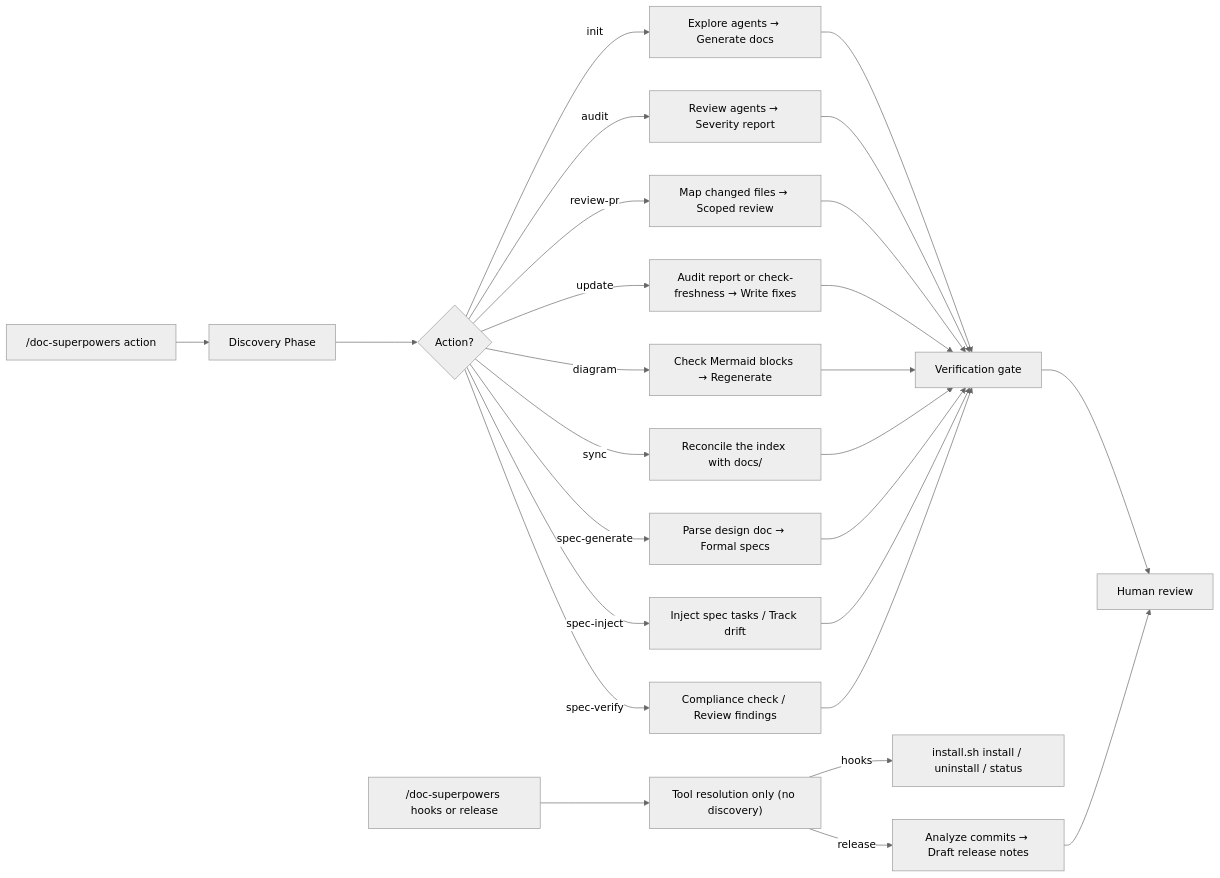
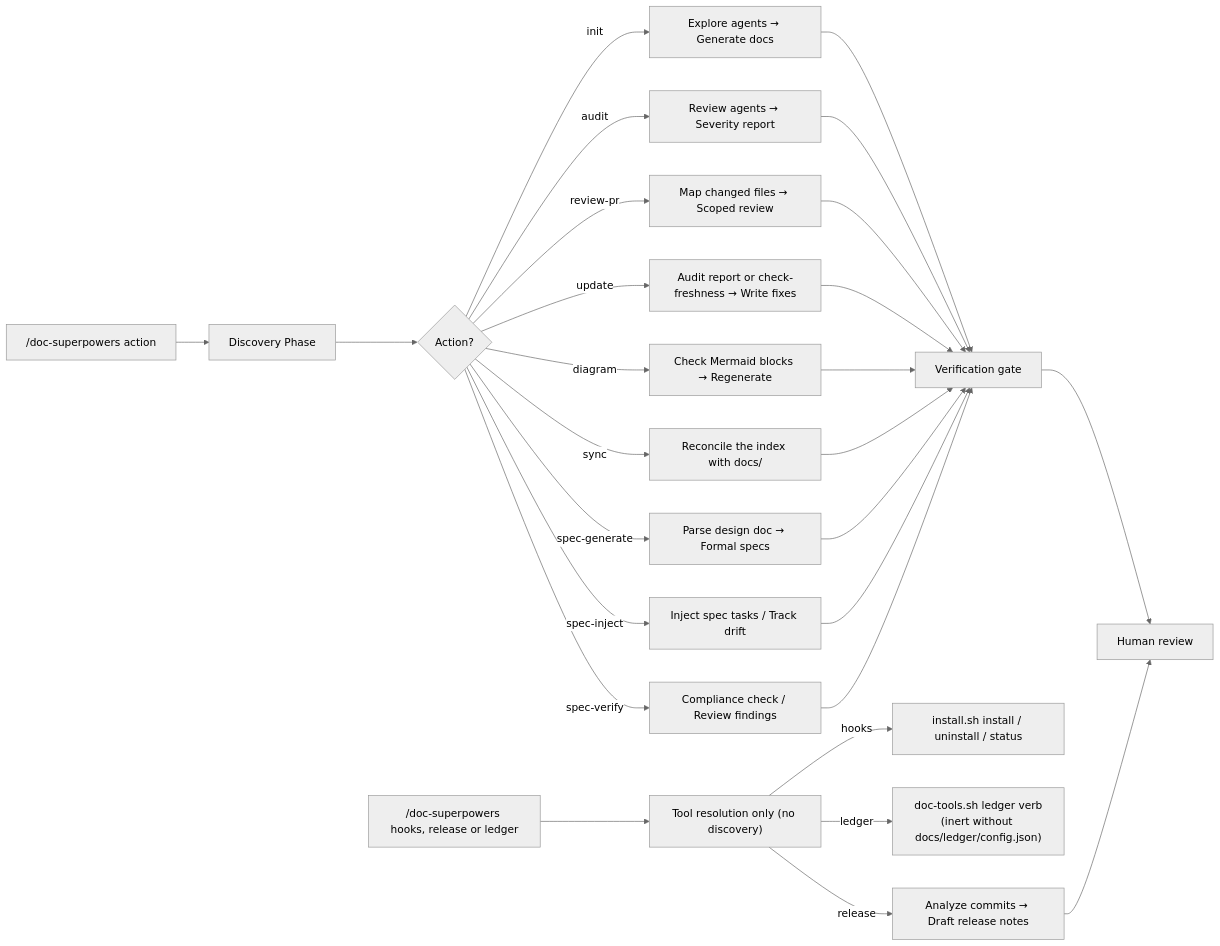
Before and after one commit to woodrowpearson/doc-superpowers: the first of 11 diagrams in docs/workflows/doc-superpowers.md, drawn with Mermaid (neutral theme). The commit also changed other lines of this file, not shown here.

First line of the commit message:
docs(workflows): the work ledger in the workflows doc and its diagram sources

````diff
--- a/docs/workflows/doc-superpowers.md
+++ b/docs/workflows/doc-superpowers.md
@@ -20,29 +20,30 @@
 ```mermaid
 flowchart LR
   A["/doc-superpowers action"] --> B["Discovery Phase"]
   B --> C{Action?}
   C -->|init| D["Explore agents → Generate docs"]
   C -->|audit| E["Review agents → Severity report"]
   C -->|review-pr| F["Map changed files → Scoped review"]
   C -->|update| G["Audit report or check-freshness → Write fixes"]
   C -->|diagram| H["Check Mermaid blocks → Regenerate"]
   C -->|sync| I["Reconcile the index with docs/"]
   C -->|spec-generate| SG["Parse design doc → Formal specs"]
   C -->|spec-inject| SI["Inject spec tasks / Track drift"]
   C -->|spec-verify| SV["Compliance check / Review findings"]
   D --> J["Verification gate"]
   E --> J
   F --> J
   G --> J
   H --> J
   I --> J
   SG --> J
   SI --> J
   SV --> J
   J --> K["Human review"]
 
-  A2["/doc-superpowers hooks or release"] --> L["Tool resolution only (no discovery)"]
+  A2["/doc-superpowers hooks, release or ledger"] --> L["Tool resolution only (no discovery)"]
   L -->|hooks| M["install.sh install / uninstall / status"]
+  L -->|ledger| LG["doc-tools.sh ledger verb<br>(inert without docs/ledger/config.json)"]
   L -->|release| R["Analyze commits → Draft release notes"]
   R --> K
 ```
````
